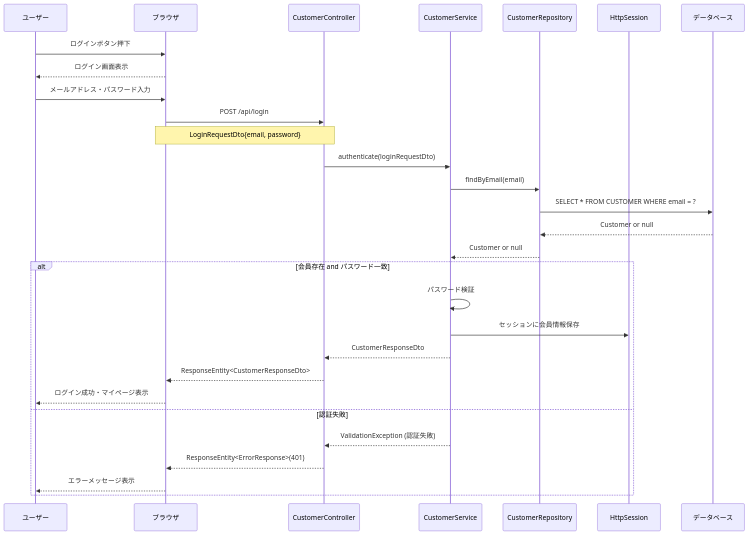
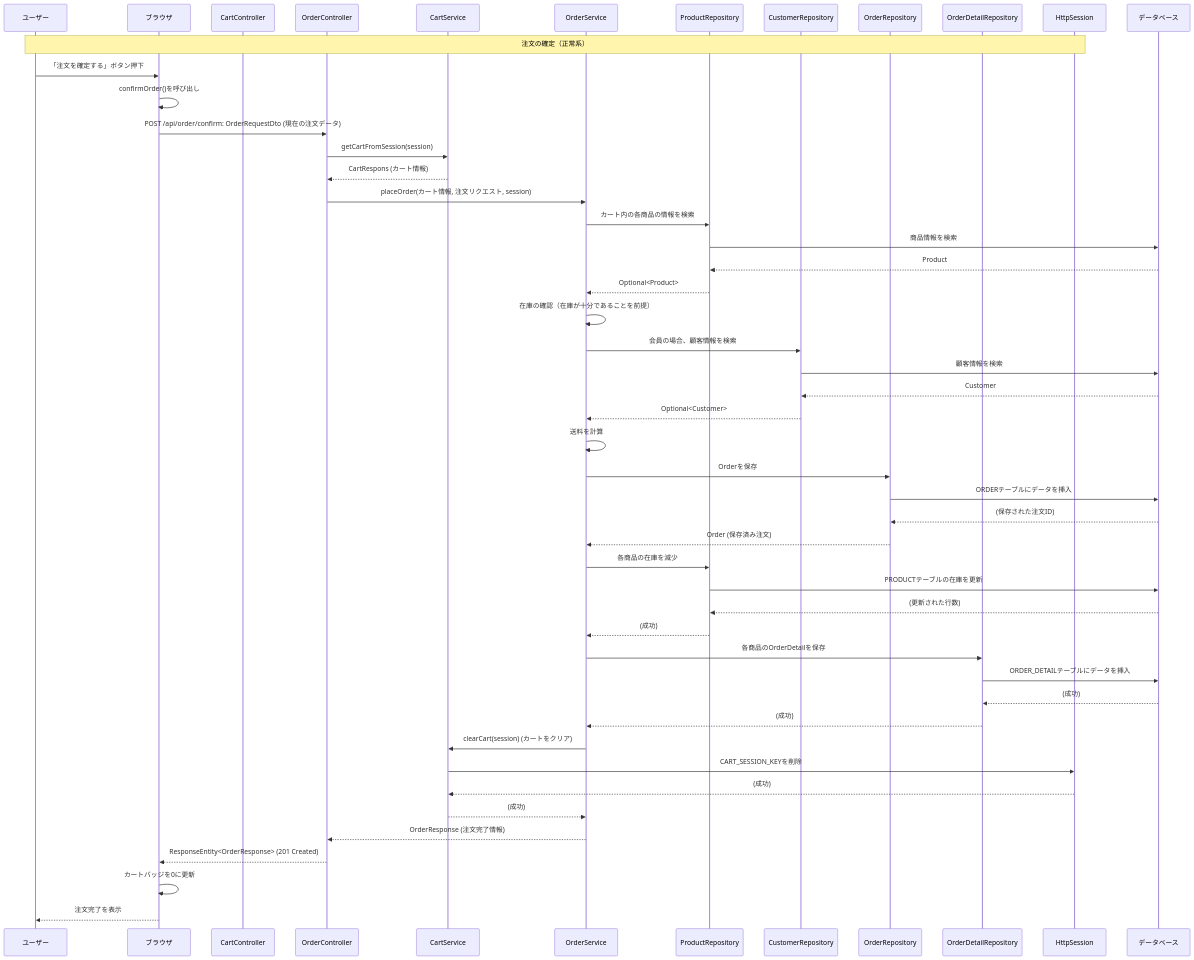
Before and after one commit to shogomaeda758/Bacon: diagram 14 of 22 in 詳細設計/詳細設計書_v3.md, drawn with Mermaid. The commit also changed other lines of this file, not shown here.

Commit message:
シーケンス図変更＿詳細設計書

````diff
--- a/詳細設計/詳細設計書_v3.md
+++ b/詳細設計/詳細設計書_v3.md
@@ -631,34 +555,53 @@
 ```mermaid
 sequenceDiagram
     participant U as ユーザー
     participant B as ブラウザ
-    participant CuC as CustomerController
-    participant CS as CustomerService
+    participant CC as CartController
+    participant OC as OrderController
+    participant CS as CartService
+    participant OS as OrderService
+    participant PR as ProductRepository
     participant CR as CustomerRepository
+    participant OR as OrderRepository
+    participant ODR as OrderDetailRepository
     participant S as HttpSession
     participant DB as データベース
 
-    U->>B: ログインボタン押下
-    B-->>U: ログイン画面表示
-    
-    U->>B: メールアドレス・パスワード入力
-    B->>CuC: POST /api/login
-    Note over B,CuC: LoginRequestDto{email, password}
-    CuC->>CS: authenticate(loginRequestDto)
-    CS->>CR: findByEmail(email)
-    CR->>DB: SELECT * FROM CUSTOMER WHERE email = ?
-    DB-->>CR: Customer or null
-    CR-->>CS: Customer or null
-    
-    alt 会員存在 and パスワード一致
-        CS->>CS: パスワード検証
-        CS->>S: セッションに会員情報保存
-        CS-->>CuC: CustomerResponseDto
-        CuC-->>B: ResponseEntity<CustomerResponseDto>
-        B-->>U: ログイン成功・マイページ表示
-    else 認証失敗
-        CS-->>CuC: ValidationException (認証失敗)
-        CuC-->>B: ResponseEntity<ErrorResponse>(401)
-        B-->>U: エラーメッセージ表示
-    end
+    Note over U,S: 注文の確定（正常系）
+    U->>B: 「注文を確定する」ボタン押下
+    B->>B: confirmOrder()を呼び出し
+    B->>OC: POST /api/order/confirm: OrderRequestDto (現在の注文データ)
+    OC->>CS: getCartFromSession(session)
+    CS-->>OC: CartRespons (カート情報)
+    OC->>OS: placeOrder(カート情報, 注文リクエスト, session)
+    OS->>PR: カート内の各商品の情報を検索
+    PR->>DB: 商品情報を検索
+    DB-->>PR: Product
+    PR-->>OS: Optional<Product>
+    OS->>OS: 在庫の確認（在庫が十分であることを前提）
+    OS->>CR: 会員の場合、顧客情報を検索
+    CR->>DB: 顧客情報を検索
+    DB-->>CR: Customer
+    CR-->>OS: Optional<Customer>
+    OS->>OS: 送料を計算
+    OS->>OR: Orderを保存
+    OR->>DB: ORDERテーブルにデータを挿入
+    DB-->>OR: (保存された注文ID)
+    OR-->>OS: Order (保存済み注文)
+    OS->>PR: 各商品の在庫を減少
+    PR->>DB: PRODUCTテーブルの在庫を更新
+    DB-->>PR: (更新された行数)
+    PR-->>OS: (成功)
+    OS->>ODR: 各商品のOrderDetailを保存
+    ODR->>DB: ORDER_DETAILテーブルにデータを挿入
+    DB-->>ODR: (成功)
+    ODR-->>OS: (成功)
+    OS->>CS: clearCart(session) (カートをクリア)
+    CS->>S: CART_SESSION_KEYを削除
+    S-->>CS: (成功)
+    CS-->>OS: (成功)
+    OS-->>OC: OrderResponse (注文完了情報)
+    OC-->>B: ResponseEntity<OrderResponse> (201 Created)
+    B->>B: カートバッジを0に更新
+    B-->>U: 注文完了を表示
 ```
````
